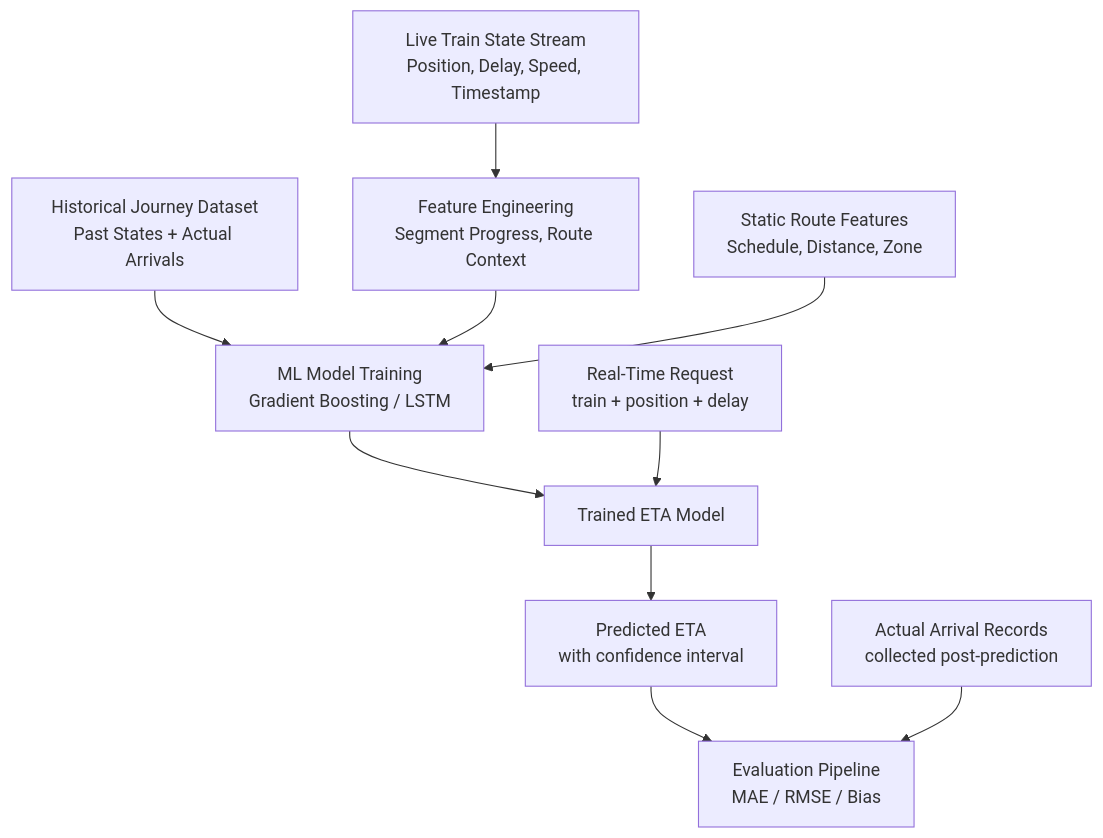
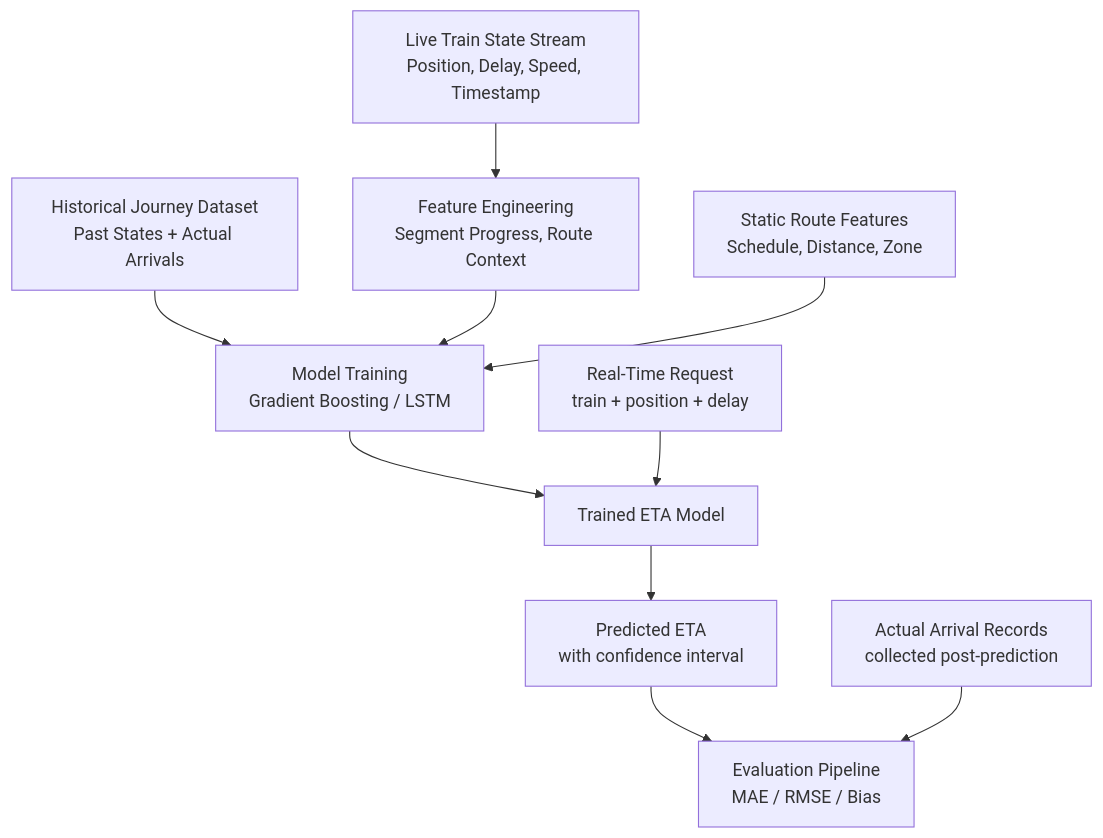
One commit to Vivek-Biswal/SIH_ETA changed the second of 2 diagrams in railway_eta_data/docs/eta_system_architecture.md. Above: the diagram before and after it, drawn with Mermaid. The commit also changed other lines of this file and 101 other files, not shown here.

````diff
--- a/railway_eta_data/docs/eta_system_architecture.md
+++ b/railway_eta_data/docs/eta_system_architecture.md
@@ -36,14 +42,14 @@
 ```mermaid
 flowchart TD
     A[Live Train State Stream\nPosition, Delay, Speed, Timestamp] --> B[Feature Engineering\nSegment Progress, Route Context]
-    C[Historical Journey Dataset\nPast States + Actual Arrivals] --> D[ML Model Training\nGradient Boosting / LSTM]
+    C[Historical Journey Dataset\nPast States + Actual Arrivals] --> D[Model Training\nGradient Boosting / LSTM]
     B --> D
     E[Static Route Features\nSchedule, Distance, Zone] --> D
 
     D --> F[Trained ETA Model]
     G[Real-Time Request\ntrain + position + delay] --> F
     F --> H[Predicted ETA\nwith confidence interval]
 
     H --> I[Evaluation Pipeline\nMAE / RMSE / Bias]
     J[Actual Arrival Records\ncollected post-prediction] --> I
 ```
````
